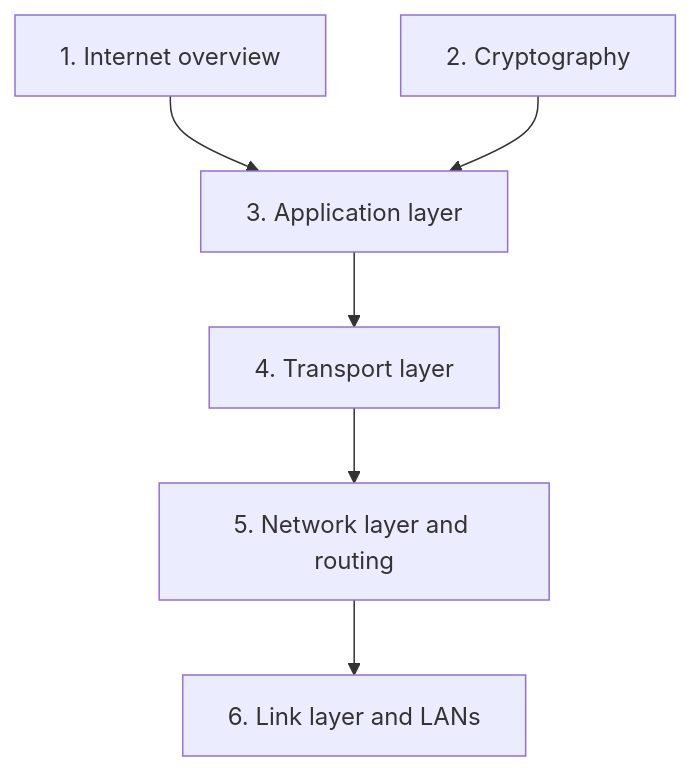
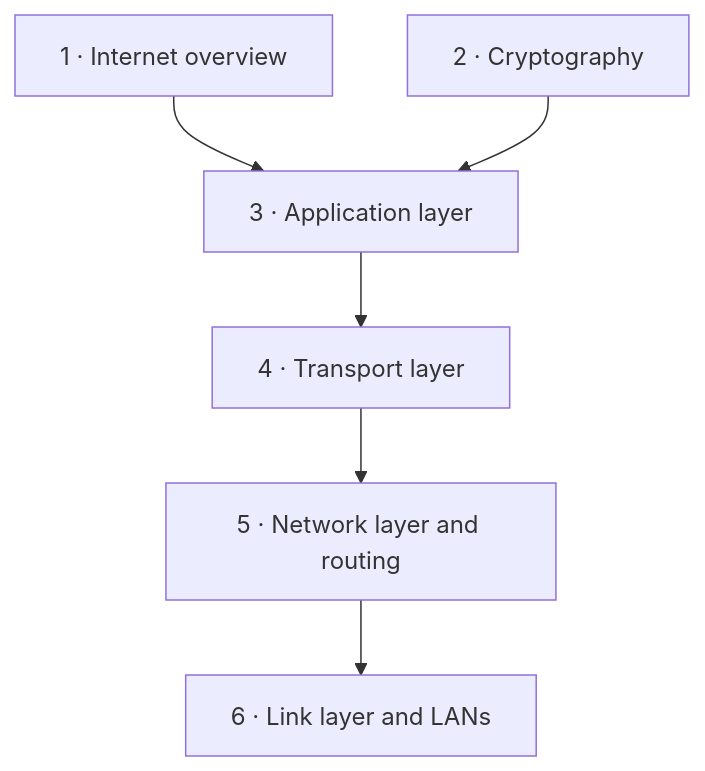
Before and after one commit to Wendri23/course-notes: the diagram in content/reseau/index.md, drawn with Mermaid. The commit also changed other lines of this file and 119 other files, not shown here.

````diff
--- a/content/reseau/index.md
+++ b/content/reseau/index.md
@@ -11,8 +10,8 @@
 ```mermaid
 flowchart TD
-C1[1. Internet overview] --> C3[3. Application layer]
-C2[2. Cryptography] --> C3
-C3 --> C4[4. Transport layer]
-C4 --> C5[5. Network layer and routing]
-C5 --> C6[6. Link layer and LANs]
+C1[1 · Internet overview] --> C3[3 · Application layer]
+C2[2 · Cryptography] --> C3
+C3 --> C4[4 · Transport layer]
+C4 --> C5[5 · Network layer and routing]
+C5 --> C6[6 · Link layer and LANs]
 ```
````
